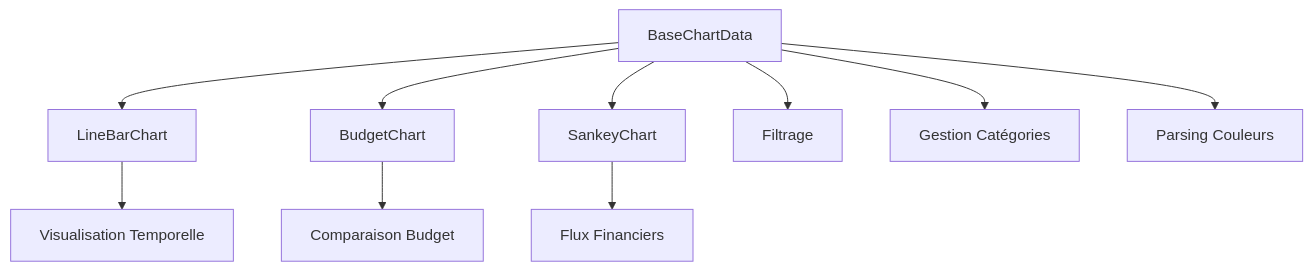
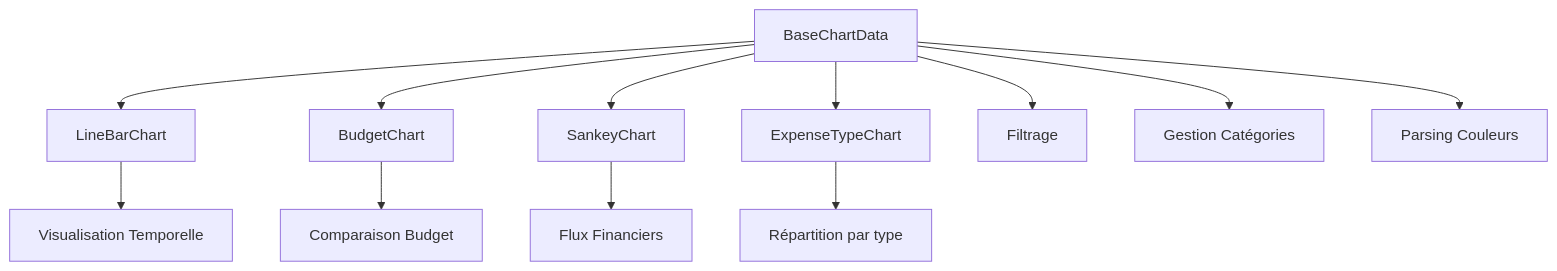
Before and after one commit to Thorfy/Pecunio: the first of 4 diagrams in docs/services/Charts.md, drawn with Mermaid. The commit also changed other lines of this file and 15 other files, not shown here.

````diff
--- a/docs/services/Charts.md
+++ b/docs/services/Charts.md
@@ -11,19 +11,22 @@
 ```mermaid
 graph TD
     BASE[BaseChartData]
     LINE[LineBarChart]
     BUDGET[BudgetChart]
     SANKEY[SankeyChart]
+    EXPENSE[ExpenseTypeChart]
     
     BASE --> LINE
     BASE --> BUDGET
     BASE --> SANKEY
+    BASE --> EXPENSE
     
     BASE --> FILTER[Filtrage]
     BASE --> CATEGORY[Gestion Catégories]
     BASE --> COLOR[Parsing Couleurs]
     
     LINE --> TIME[Visualisation Temporelle]
     BUDGET --> COMPARE[Comparaison Budget]
     SANKEY --> FLOW[Flux Financiers]
+    EXPENSE --> TYPE[Répartition par type]
 ```
````
